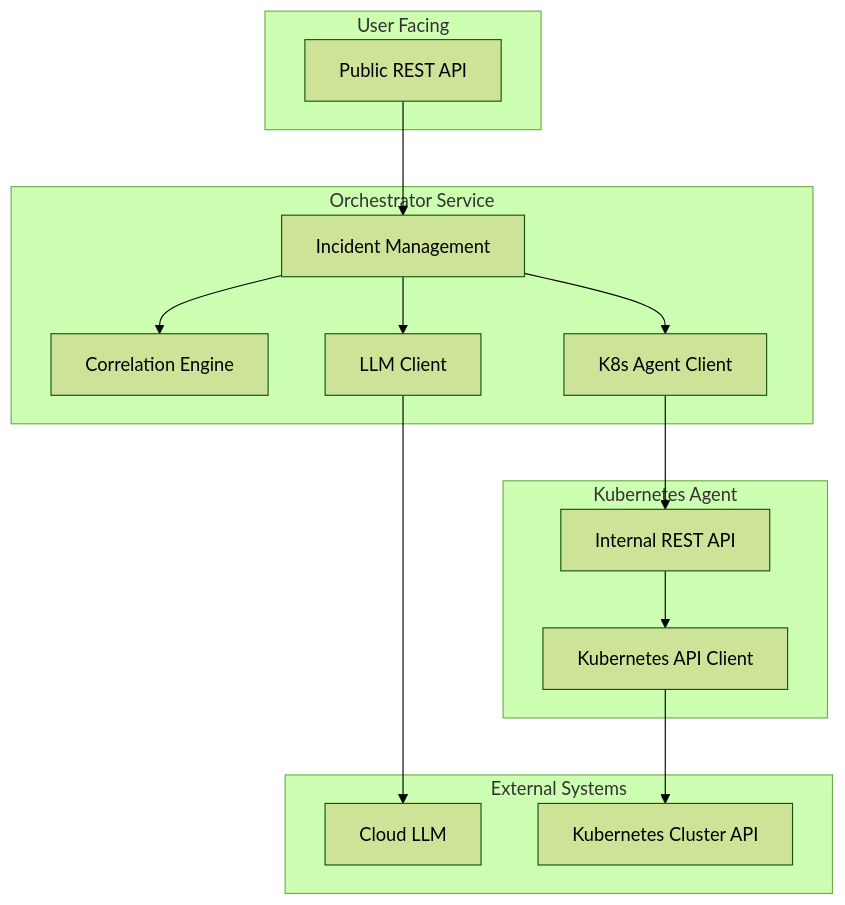
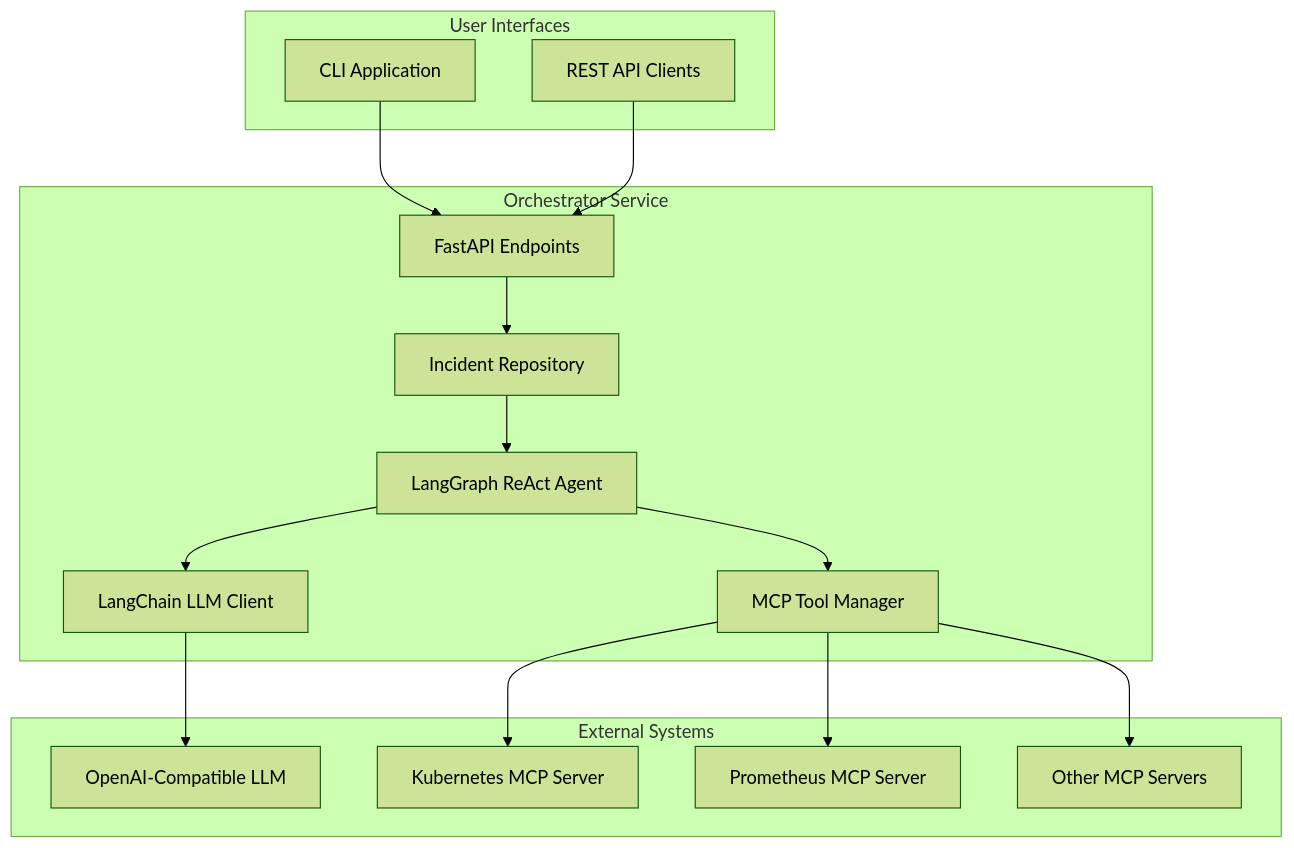
Before and after one commit to SRE-Spaghetti/SRE-Orchestrator: the second of 4 diagrams in docs/architecture.md, drawn with Mermaid (forest theme). The commit also changed other lines of this file and 4 other files, not shown here.

First line of the commit message:
docs: update documentation for refactored architecture

````diff
--- a/docs/architecture.md
+++ b/docs/architecture.md
@@ -158,33 +171,34 @@
 ```mermaid
 graph TD
-    subgraph "User Facing"
-        A[Public REST API]
+    subgraph "User Interfaces"
+        CLI[CLI Application]
+        API[REST API Clients]
     end
 
     subgraph "Orchestrator Service"
-        B[Incident Management]
-        C[Correlation Engine]
-        D[LLM Client]
-        E[K8s Agent Client]
-    end
-
-    subgraph "Kubernetes Agent"
-        F[Internal REST API]
-        G[Kubernetes API Client]
+        FastAPI[FastAPI Endpoints]
+        IncRepo[Incident Repository]
+        Agent[LangGraph ReAct Agent]
+        LLMClient[LangChain LLM Client]
+        MCPMgr[MCP Tool Manager]
     end
 
     subgraph "External Systems"
-        H[Cloud LLM]
-        I[Kubernetes Cluster API]
+        LLM[OpenAI-Compatible LLM]
+        K8sMCP[Kubernetes MCP Server]
+        PromMCP[Prometheus MCP Server]
+        OtherMCP[Other MCP Servers]
     end
 
-    A --> B
-    B --> C
-    B --> D
-    B --> E
+    CLI --> FastAPI
+    API --> FastAPI
+    FastAPI --> IncRepo
+    IncRepo --> Agent
+    Agent --> LLMClient
+    Agent --> MCPMgr
 
-    D --> H
-    E --> F
-    F --> G
-    G --> I
+    LLMClient --> LLM
+    MCPMgr --> K8sMCP
+    MCPMgr --> PromMCP
+    MCPMgr --> OtherMCP
 ```
````
